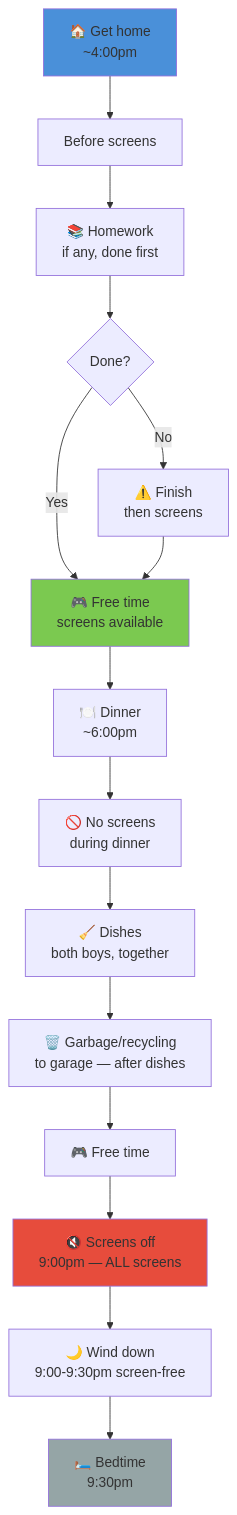
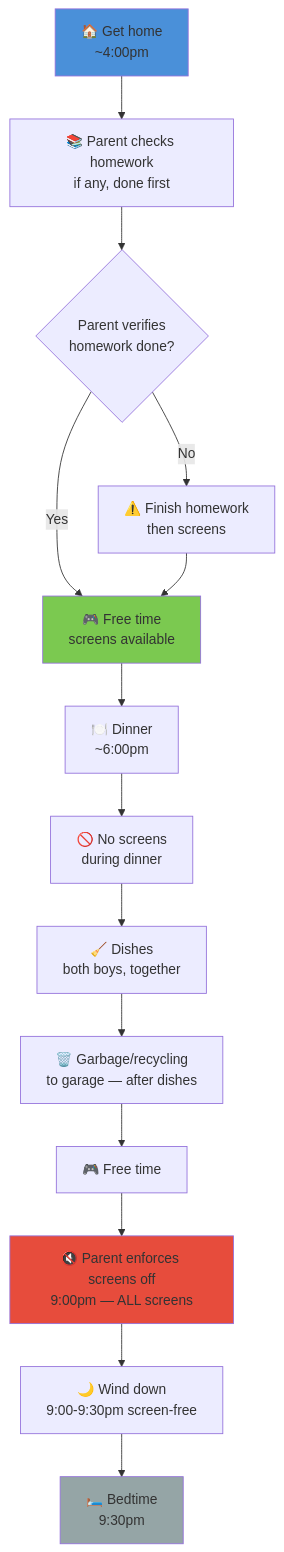
One commit to ajass/technology-reset changed the first of 2 diagrams in day-types/04-school-day.md. Above: the diagram before and after it, drawn with Mermaid. The commit also changed other lines of this file and 10 other files, not shown here.

````diff
--- a/day-types/04-school-day.md
+++ b/day-types/04-school-day.md
@@ -7,22 +17,21 @@
 ```mermaid
 flowchart TD
-    A["🏠 Get home<br/>~4:00pm"] --> B["Before screens"]
-    B --> B1["📚 Homework<br/>if any, done first"]
-    B1 --> C{"Done?"}
+    A["🏠 Get home<br/>~4:00pm"] --> B["📚 Parent checks homework<br/>if any, done first"]
+    B --> C{"Parent verifies<br/>homework done?"}
     C -->|Yes| D["🎮 Free time<br/>screens available"]
-    C -->|No| E["⚠️ Finish<br/>then screens"]
+    C -->|No| E["⚠️ Finish homework<br/>then screens"]
     E --> D
     D --> F["🍽️ Dinner<br/>~6:00pm"]
     F --> G["🚫 No screens<br/>during dinner"]
     G --> H["🧹 Dishes<br/>both boys, together"]
     H --> I["🗑️ Garbage/recycling<br/>to garage — after dishes"]
     I --> J["🎮 Free time"]
-    J --> K["🔇 Screens off<br/>9:00pm — ALL screens"]
+    J --> K["🔇 Parent enforces screens off<br/>9:00pm — ALL screens"]
     K --> L["🌙 Wind down<br/>9:00-9:30pm screen-free"]
     L --> M["🛏️ Bedtime<br/>9:30pm"]
 
     style A fill:#4a90d9
     style D fill:#7bc950
     style K fill:#e74c3c
     style M fill:#95a5a6
 ```
````
